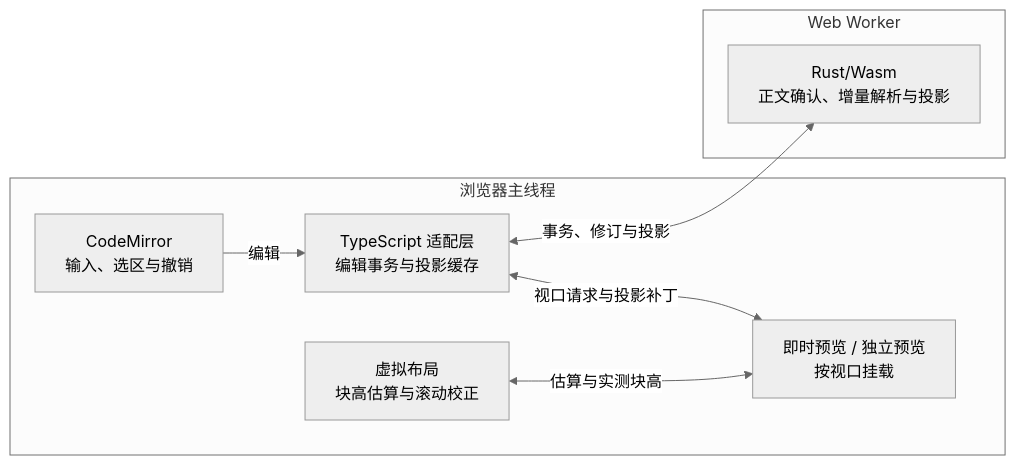
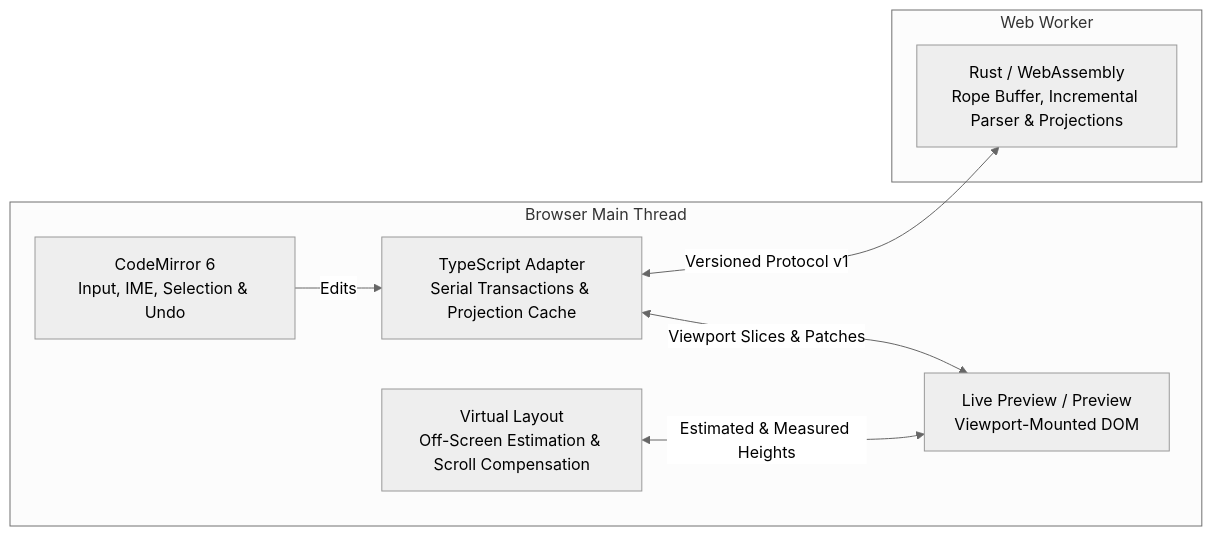
Before and after one commit to lin037/jot-md-engine: the diagram in README.md, drawn with Mermaid (neutral theme). The commit also changed other lines of this file and 53 other files, not shown here.

````diff
--- a/README.md
+++ b/README.md
@@ -55,20 +48,19 @@
 ```mermaid
 flowchart LR
-    subgraph Main["浏览器主线程"]
-        Input["CodeMirror<br/>输入、选区与撤销"]
-        Session["TypeScript 适配层<br/>编辑事务与投影缓存"]
-        View["即时预览 / 独立预览<br/>按视口挂载"]
-        Layout["虚拟布局<br/>块高估算与滚动校正"]
+    subgraph Main["Browser Main Thread"]
+        Input["CodeMirror 6<br/>Input, IME, Selection & Undo"]
+        Session["TypeScript Adapter<br/>Serial Transactions & Projection Cache"]
+        View["Live Preview / Preview<br/>Viewport-Mounted DOM"]
+        Layout["Virtual Layout<br/>Off-Screen Estimation & Scroll Compensation"]
 
-        Input -->|编辑| Session
-        Session <-->|视口请求与投影补丁| View
-        Layout <-->|估算与实测块高| View
+        Input -->|Edits| Session
+        Session <-->|Viewport Slices & Patches| View
+        Layout <-->|Estimated & Measured Heights| View
     end
 
     subgraph Worker["Web Worker"]
-        Engine["Rust/Wasm<br/>正文确认、增量解析与投影"]
+        Engine["Rust / WebAssembly<br/>Rope Buffer, Incremental Parser & Projections"]
     end
 
-    Session <-->|事务、修订与投影| Engine
-
+    Session <-->|Versioned Protocol v1| Engine
 ```
````
